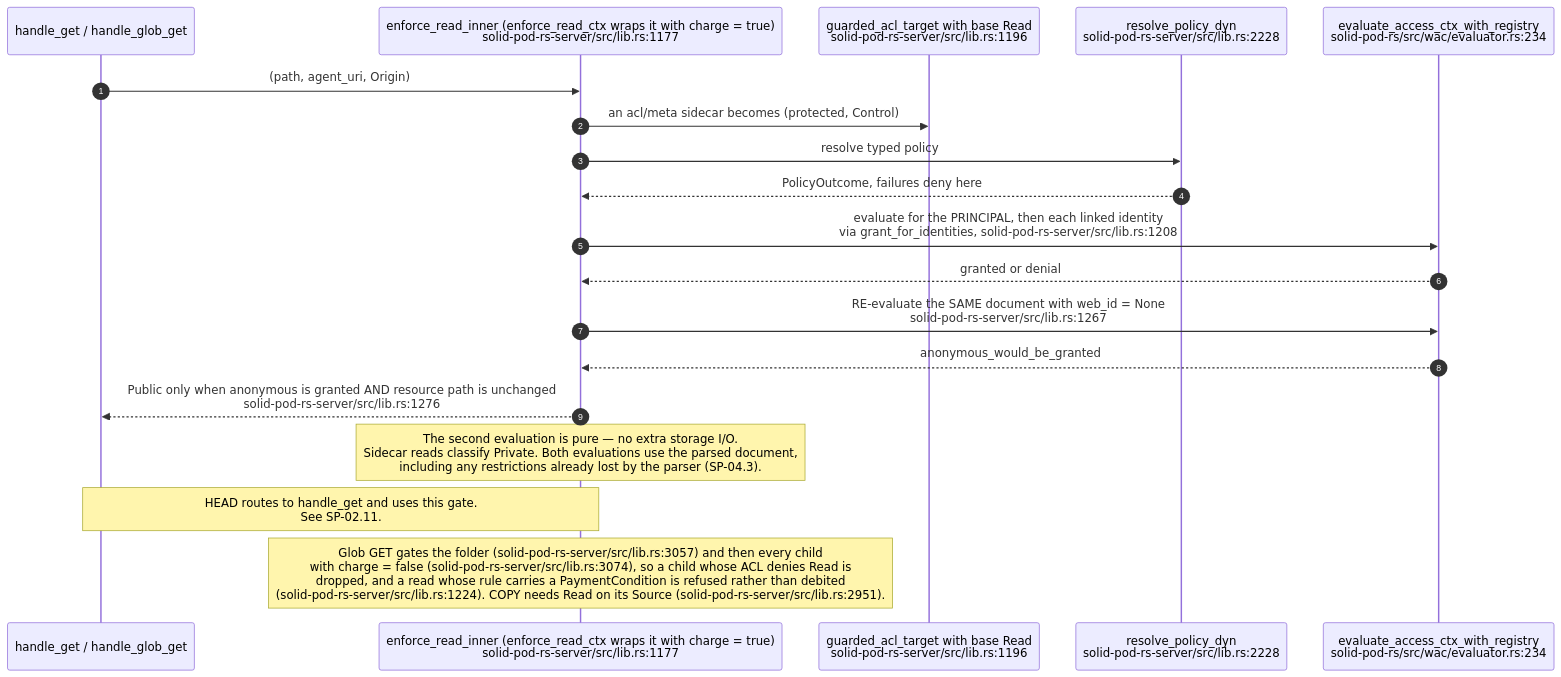
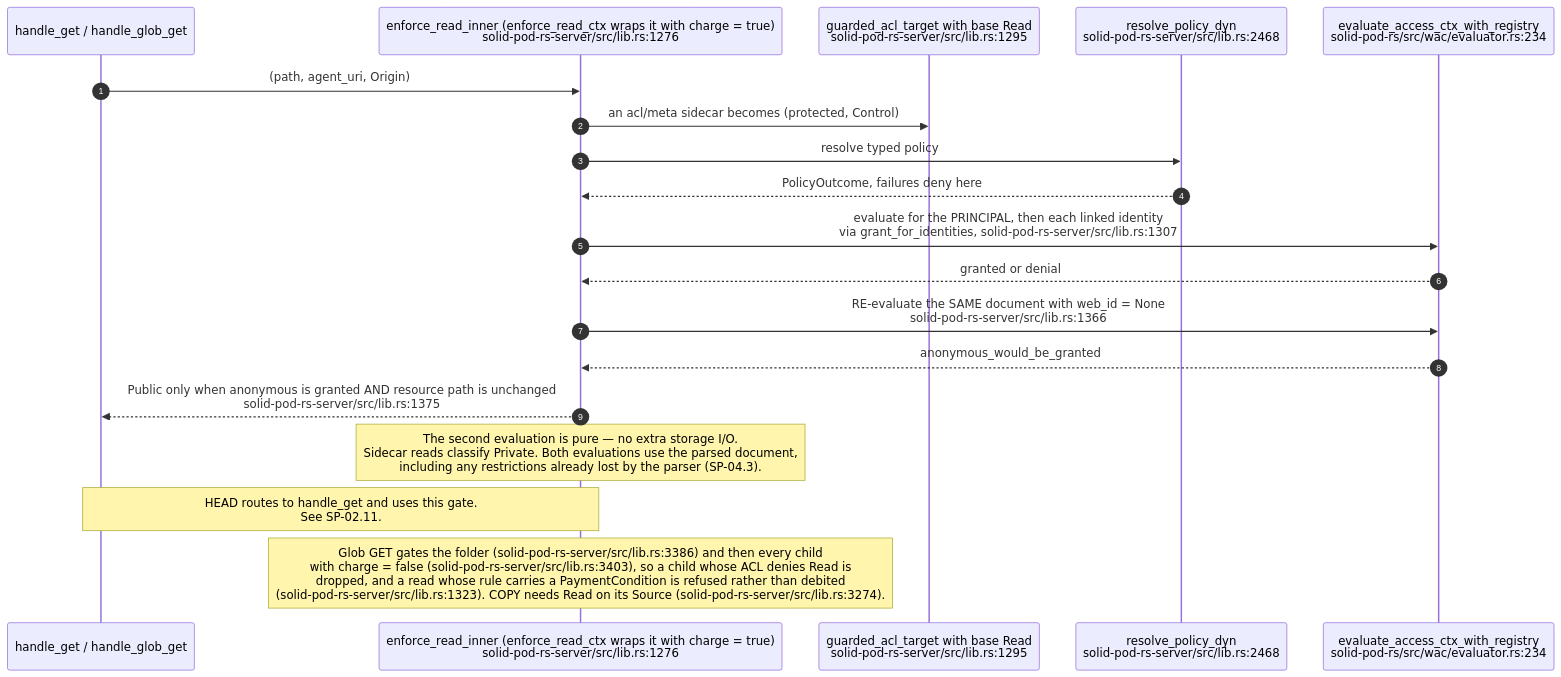
One commit to DreamLab-AI/VisionFlow changed the second of 13 diagrams in docs/diagrams/solid-pod-rs/04-wac-authorisation.md. Above: the diagram before and after it, drawn with Mermaid. The commit also changed other lines of this file and 59 other files, not shown here.

First line of the commit message:
docs(diagrams): re-derive and re-stamp forum, website, pod, ontomark and sealmap topics

````diff
--- a/docs/diagrams/solid-pod-rs/04-wac-authorisation.md
+++ b/docs/diagrams/solid-pod-rs/04-wac-authorisation.md
@@ -74,22 +75,22 @@
 ```mermaid
 sequenceDiagram
     autonumber
     participant H as handle_get / handle_glob_get
-    participant ER as enforce_read_inner (enforce_read_ctx wraps it with charge = true)<br/>solid-pod-rs-server/src/lib.rs:1177
-    participant ET as guarded_acl_target with base Read<br/>solid-pod-rs-server/src/lib.rs:1196
-    participant RP as resolve_policy_dyn<br/>solid-pod-rs-server/src/lib.rs:2228
+    participant ER as enforce_read_inner (enforce_read_ctx wraps it with charge = true)<br/>solid-pod-rs-server/src/lib.rs:1276
+    participant ET as guarded_acl_target with base Read<br/>solid-pod-rs-server/src/lib.rs:1295
+    participant RP as resolve_policy_dyn<br/>solid-pod-rs-server/src/lib.rs:2468
     participant EV as evaluate_access_ctx_with_registry<br/>solid-pod-rs/src/wac/evaluator.rs:234
 
     H->>ER: (path, agent_uri, Origin)
     ER->>ET: an acl/meta sidecar becomes (protected, Control)
     ER->>RP: resolve typed policy
     RP-->>ER: PolicyOutcome, failures deny here
-    ER->>EV: evaluate for the PRINCIPAL, then each linked identity<br/>via grant_for_identities, solid-pod-rs-server/src/lib.rs:1208
+    ER->>EV: evaluate for the PRINCIPAL, then each linked identity<br/>via grant_for_identities, solid-pod-rs-server/src/lib.rs:1307
     EV-->>ER: granted or denial
-    ER->>EV: RE-evaluate the SAME document with web_id = None<br/>solid-pod-rs-server/src/lib.rs:1267
+    ER->>EV: RE-evaluate the SAME document with web_id = None<br/>solid-pod-rs-server/src/lib.rs:1366
     EV-->>ER: anonymous_would_be_granted
-    ER-->>H: Public only when anonymous is granted AND resource path is unchanged<br/>solid-pod-rs-server/src/lib.rs:1276
+    ER-->>H: Public only when anonymous is granted AND resource path is unchanged<br/>solid-pod-rs-server/src/lib.rs:1375
     Note over ER: The second evaluation is pure — no extra storage I/O.<br/>Sidecar reads classify Private. Both evaluations use the parsed document,<br/>including any restrictions already lost by the parser (SP-04.3).
     Note over H,ER: HEAD routes to handle_get and uses this gate.<br/>See SP-02.11.
-    Note over ER: Glob GET gates the folder (solid-pod-rs-server/src/lib.rs:3057) and then every child<br/>with charge = false (solid-pod-rs-server/src/lib.rs:3074), so a child whose ACL denies Read is<br/>dropped, and a read whose rule carries a PaymentCondition is refused rather than debited<br/>(solid-pod-rs-server/src/lib.rs:1224). COPY needs Read on its Source (solid-pod-rs-server/src/lib.rs:2951).
+    Note over ER: Glob GET gates the folder (solid-pod-rs-server/src/lib.rs:3386) and then every child<br/>with charge = false (solid-pod-rs-server/src/lib.rs:3403), so a child whose ACL denies Read is<br/>dropped, and a read whose rule carries a PaymentCondition is refused rather than debited<br/>(solid-pod-rs-server/src/lib.rs:1323). COPY needs Read on its Source (solid-pod-rs-server/src/lib.rs:3274).
 ```
````
